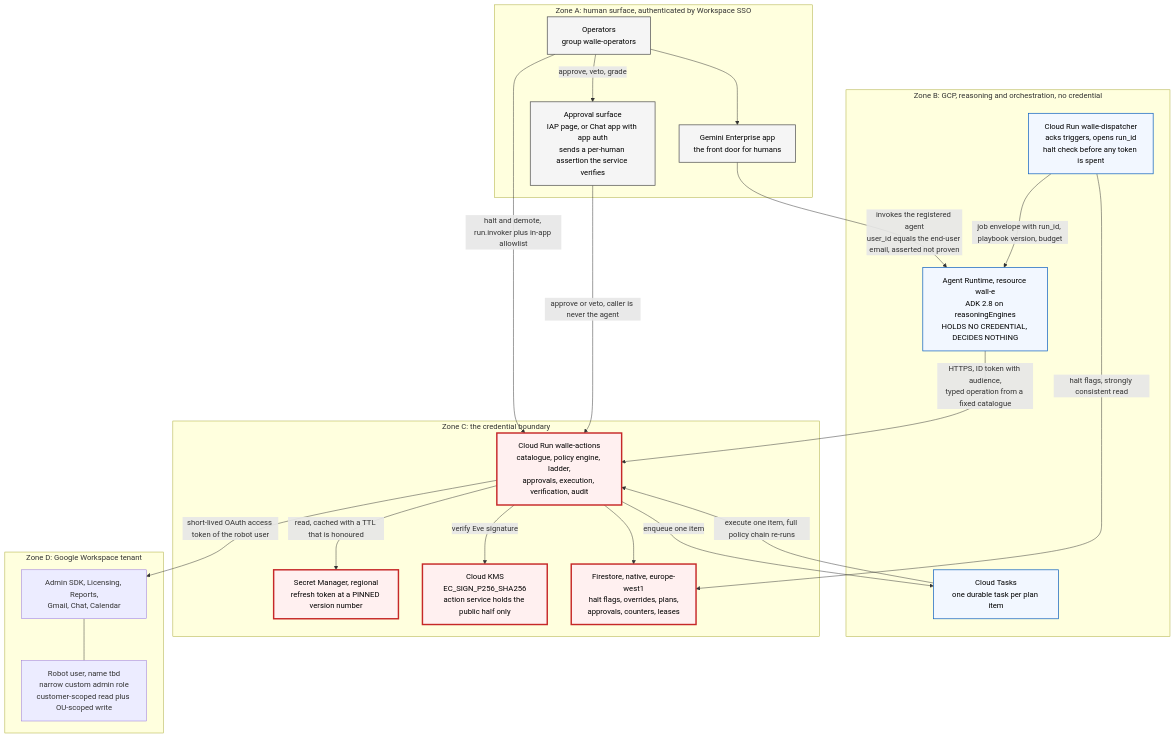
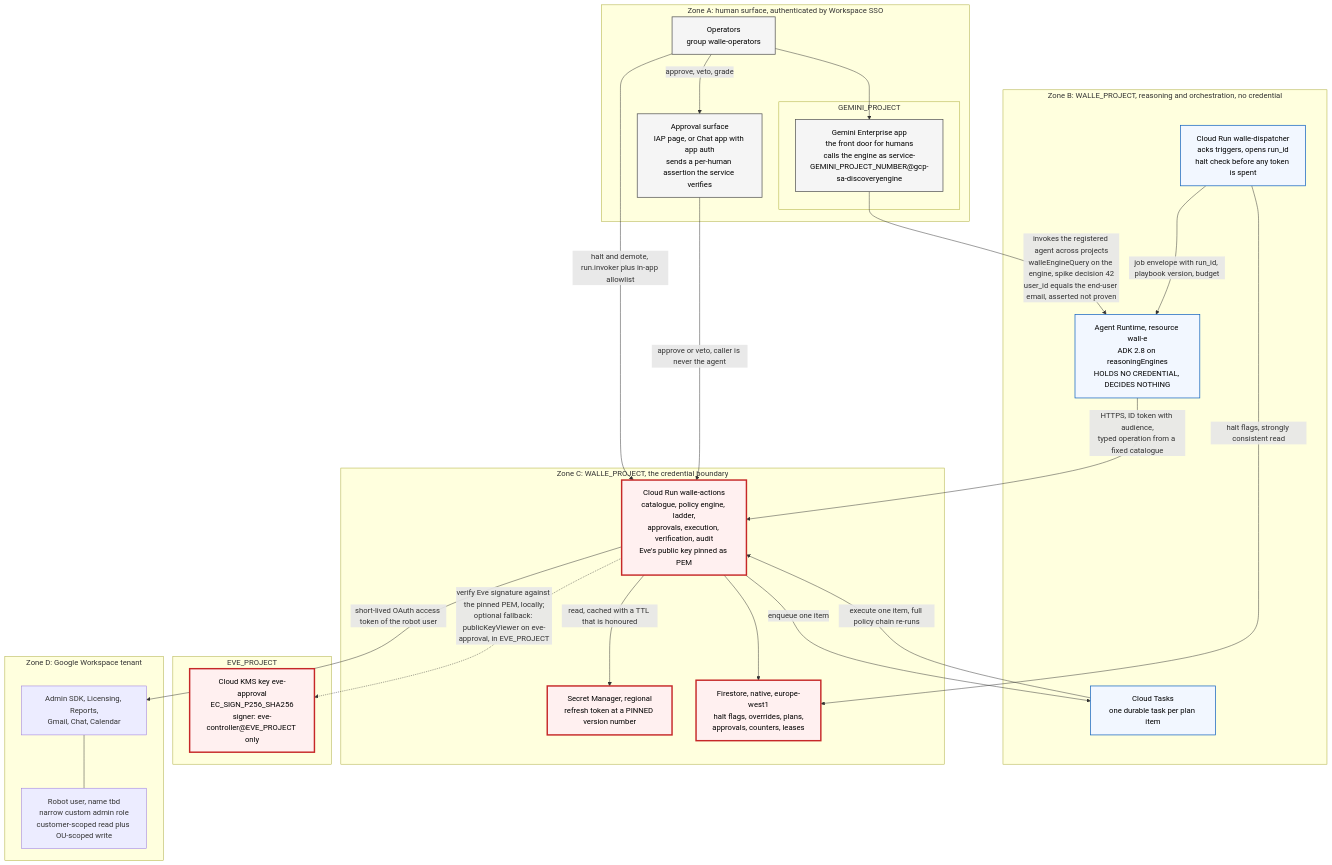
Before and after one commit to jsbdfgidsfg/agentic-platform: the first of 6 diagrams in platform/wall-e/ARCHITECTURE.md, drawn with Mermaid. The commit also changed other lines of this file and 44 other files, not shown here.

````diff
--- a/platform/wall-e/ARCHITECTURE.md
+++ b/platform/wall-e/ARCHITECTURE.md
@@ -74,49 +75,54 @@
 ```mermaid
 flowchart TB
     subgraph ZA["Zone A: human surface, authenticated by Workspace SSO"]
         OPS["Operators<br/>group walle-operators"]
-        GE["Gemini Enterprise app<br/>the front door for humans"]
+        subgraph GEM["GEMINI_PROJECT"]
+            GE["Gemini Enterprise app<br/>the front door for humans<br/>calls the engine as service-GEMINI_PROJECT_NUMBER@gcp-sa-discoveryengine"]
+        end
         APV["Approval surface<br/>IAP page, or Chat app with app auth<br/>sends a per-human assertion the service verifies"]
     end
 
-    subgraph ZB["Zone B: GCP, reasoning and orchestration, no credential"]
+    subgraph ZB["Zone B: WALLE_PROJECT, reasoning and orchestration, no credential"]
         DIS["Cloud Run walle-dispatcher<br/>acks triggers, opens run_id<br/>halt check before any token is spent"]
         AR["Agent Runtime, resource wall-e<br/>ADK 2.8 on reasoningEngines<br/>HOLDS NO CREDENTIAL, DECIDES NOTHING"]
         TQ["Cloud Tasks<br/>one durable task per plan item"]
     end
 
-    subgraph ZC["Zone C: the credential boundary"]
-        CR["Cloud Run walle-actions<br/>catalogue, policy engine, ladder,<br/>approvals, execution, verification, audit"]
+    subgraph ZC["Zone C: WALLE_PROJECT, the credential boundary"]
+        CR["Cloud Run walle-actions<br/>catalogue, policy engine, ladder,<br/>approvals, execution, verification, audit<br/>Eve's public key pinned as PEM"]
         SM["Secret Manager, regional<br/>refresh token at a PINNED version number"]
-        KMS["Cloud KMS<br/>EC_SIGN_P256_SHA256<br/>action service holds the public half only"]
         FS["Firestore, native, europe-west1<br/>halt flags, overrides, plans,<br/>approvals, counters, leases"]
+    end
+
+    subgraph ZE["EVE_PROJECT"]
+        KMS["Cloud KMS key eve-approval<br/>EC_SIGN_P256_SHA256<br/>signer: eve-controller@EVE_PROJECT only"]
     end
 
     subgraph ZD["Zone D: Google Workspace tenant"]
         RB["Robot user, name tbd<br/>narrow custom admin role<br/>customer-scoped read plus OU-scoped write"]
         WAPI["Admin SDK, Licensing, Reports,<br/>Gmail, Chat, Calendar"]
     end
 
     OPS --> GE
     OPS -->|"approve, veto, grade"| APV
     OPS -->|"halt and demote, run.invoker plus in-app allowlist"| CR
-    GE -->|"invokes the registered agent<br/>user_id equals the end-user email, asserted not proven"| AR
+    GE -->|"invokes the registered agent across projects<br/>walleEngineQuery on the engine, spike decision 42<br/>user_id equals the end-user email, asserted not proven"| AR
     DIS -->|"job envelope with run_id, playbook version, budget"| AR
     AR -->|"HTTPS, ID token with audience,<br/>typed operation from a fixed catalogue"| CR
     APV -->|"approve or veto, caller is never the agent"| CR
     CR -->|"enqueue one item"| TQ
     TQ -->|"execute one item, full policy chain re-runs"| CR
     CR --> FS
     DIS -->|"halt flags, strongly consistent read"| FS
     CR -->|"read, cached with a TTL that is honoured"| SM
-    CR -->|"verify Eve signature"| KMS
+    CR -.->|"verify Eve signature against the pinned PEM, locally;<br/>optional fallback: publicKeyViewer on eve-approval, in EVE_PROJECT"| KMS
     CR -->|"short-lived OAuth access token of the robot user"| WAPI
     WAPI --- RB
 
     classDef credzone fill:#fff0f0,stroke:#c62828,stroke-width:3px,color:#000
     classDef nocred fill:#f2f7ff,stroke:#1565c0,stroke-width:1.5px,color:#000
     classDef human fill:#f5f5f5,stroke:#555,stroke-width:1.5px,color:#000
     class CR,SM,KMS,FS credzone
     class AR,DIS,TQ nocred
     class OPS,GE,APV human
 ```
````
